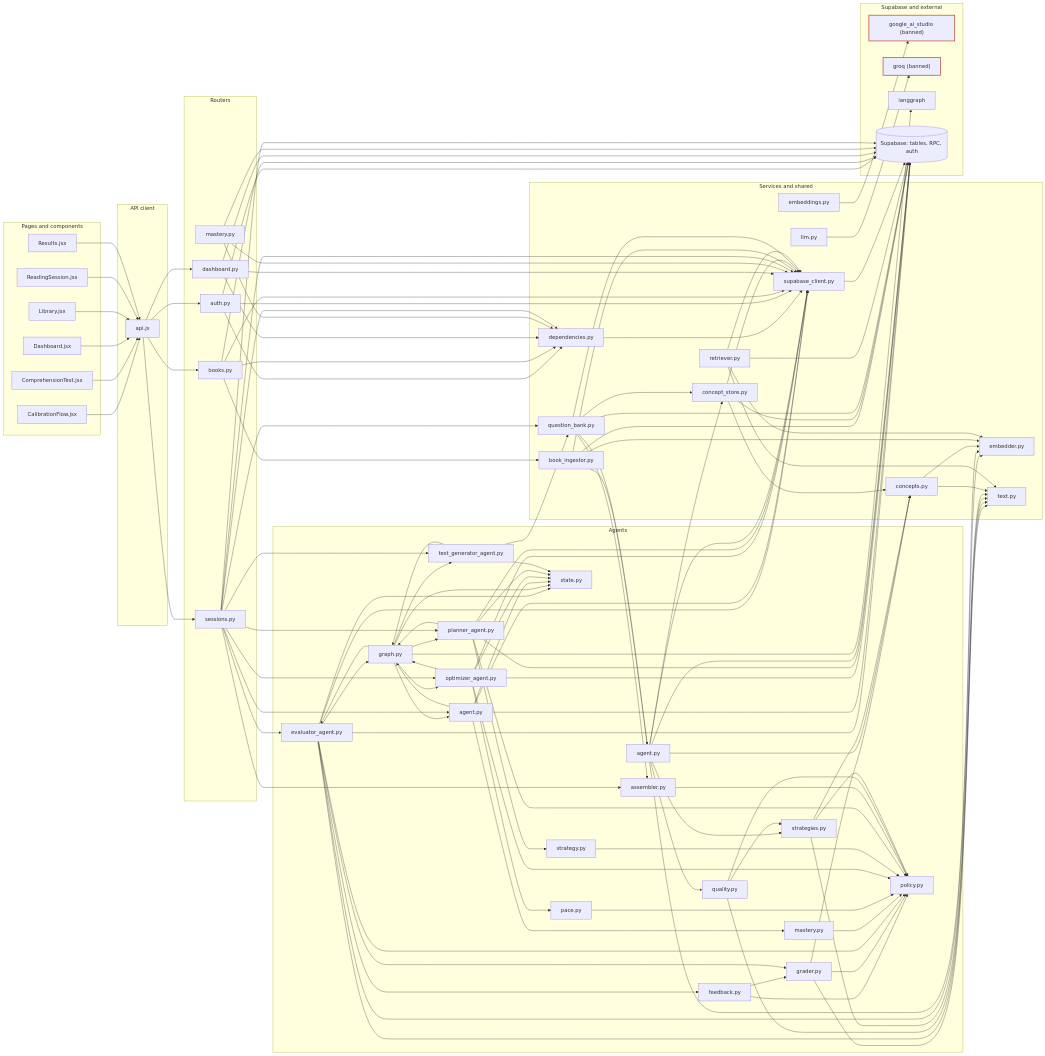
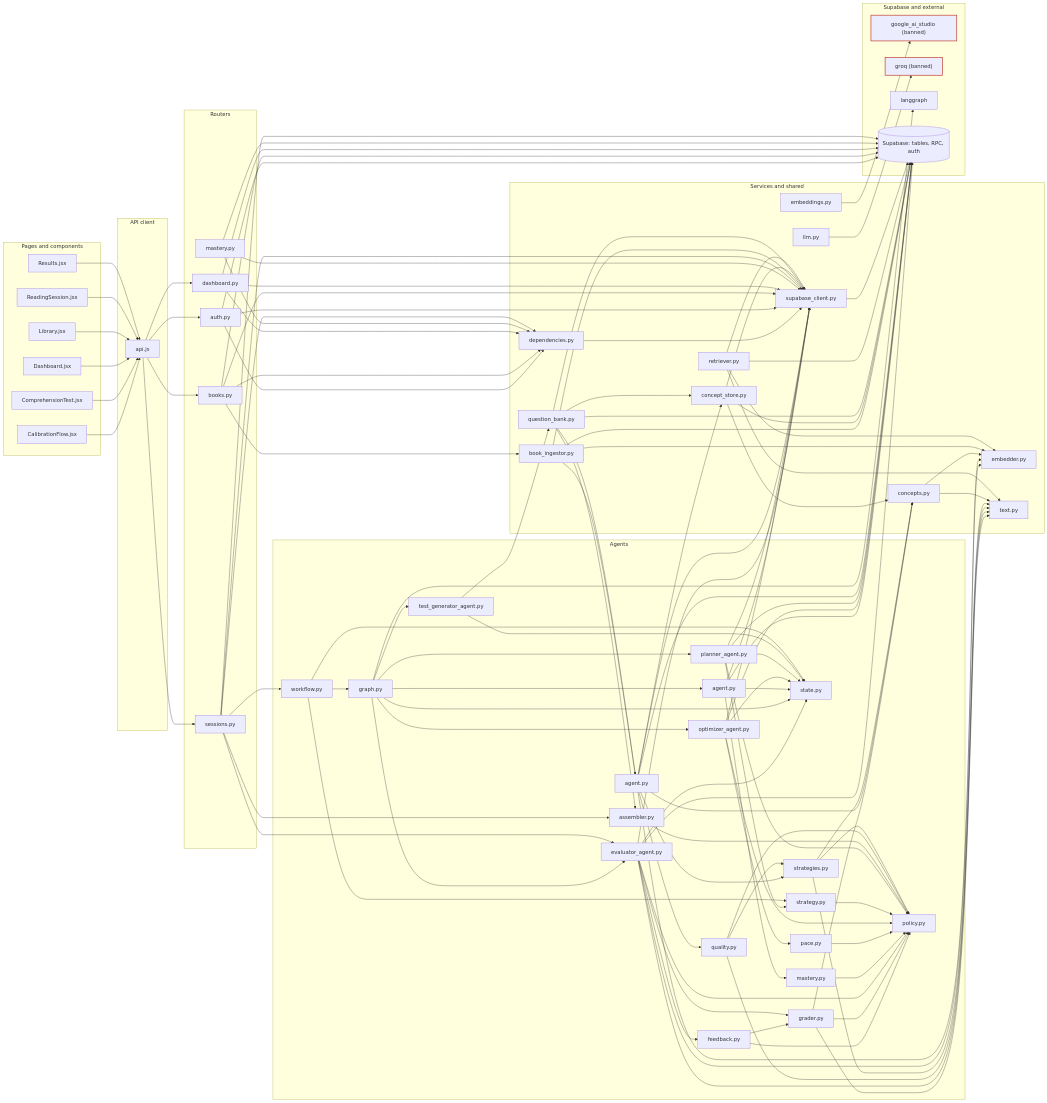
Before and after one commit to asparagusD/readfocus: the first of 2 diagrams in docs/repo-graph/REPO_MAP.md, drawn with Mermaid. The commit also changed other lines of this file and 23 other files, not shown here.

First line of the commit message:
feat(agents): chain evaluator, knowledge state, optimizer and planner in LangGraph

```diff
--- a/docs/repo-graph/REPO_MAP.md
+++ b/docs/repo-graph/REPO_MAP.md
@@ -48,6 +48,7 @@
     file_backend_agents_question_generation_strategies_py["strategies.py"]
     file_backend_agents_state_py["state.py"]
     file_backend_agents_test_generator_agent_py["test_generator_agent.py"]
+    file_backend_agents_workflow_py["workflow.py"]
   end
   subgraph service["Services and shared"]
     file_backend_dependencies_py["dependencies.py"]
@@ -75,7 +76,6 @@
   file_backend_agents_evaluation_grader_py --> file_backend_nlp_text_py
   file_backend_agents_evaluator_agent_py --> file_backend_agents_evaluation_feedback_py
   file_backend_agents_evaluator_agent_py --> file_backend_agents_evaluation_grader_py
-  file_backend_agents_evaluator_agent_py --> file_backend_agents_graph_py
   file_backend_agents_evaluator_agent_py --> file_backend_agents_policy_py
   file_backend_agents_evaluator_agent_py --> file_backend_agents_state_py
   file_backend_agents_evaluator_agent_py --> file_backend_nlp_embedder_py
@@ -89,21 +89,18 @@
   file_backend_agents_graph_py --> file_backend_agents_planner_agent_py
   file_backend_agents_graph_py --> file_backend_agents_state_py
   file_backend_agents_graph_py --> file_backend_agents_test_generator_agent_py
-  file_backend_agents_knowledge_state_agent_py --> file_backend_agents_graph_py
   file_backend_agents_knowledge_state_agent_py --> file_backend_agents_knowledge_state_mastery_py
   file_backend_agents_knowledge_state_agent_py --> file_backend_agents_state_py
   file_backend_agents_knowledge_state_agent_py --> file_backend_services_supabase_client_py
   file_backend_agents_knowledge_state_agent_py --> supabase
   file_backend_agents_knowledge_state_mastery_py --> file_backend_agents_policy_py
   file_backend_agents_optimizer_pace_py --> file_backend_agents_policy_py
-  file_backend_agents_optimizer_agent_py --> file_backend_agents_graph_py
   file_backend_agents_optimizer_agent_py --> file_backend_agents_optimizer_pace_py
   file_backend_agents_optimizer_agent_py --> file_backend_agents_policy_py
   file_backend_agents_optimizer_agent_py --> file_backend_agents_state_py
   file_backend_agents_optimizer_agent_py --> file_backend_services_supabase_client_py
   file_backend_agents_optimizer_agent_py --> supabase
   file_backend_agents_planner_strategy_py --> file_backend_agents_policy_py
-  file_backend_agents_planner_agent_py --> file_backend_agents_graph_py
   file_backend_agents_planner_agent_py --> file_backend_agents_planner_strategy_py
   file_backend_agents_planner_agent_py --> file_backend_agents_policy_py
   file_backend_agents_planner_agent_py --> file_backend_agents_state_py
@@ -123,9 +120,11 @@
   file_backend_agents_question_generation_strategies_py --> file_backend_agents_policy_py
   file_backend_agents_question_generation_strategies_py --> file_backend_nlp_concepts_py
   file_backend_agents_question_generation_strategies_py --> file_backend_nlp_text_py
-  file_backend_agents_test_generator_agent_py --> file_backend_agents_graph_py
   file_backend_agents_test_generator_agent_py --> file_backend_agents_state_py
   file_backend_agents_test_generator_agent_py --> file_backend_services_question_bank_py
+  file_backend_agents_workflow_py --> file_backend_agents_graph_py
+  file_backend_agents_workflow_py --> file_backend_agents_planner_strategy_py
+  file_backend_agents_workflow_py --> file_backend_agents_state_py
   file_backend_dependencies_py --> file_backend_services_supabase_client_py
   file_backend_nlp_concepts_py --> file_backend_nlp_embedder_py
   file_backend_nlp_concepts_py --> file_backend_nlp_text_py
@@ -143,13 +142,9 @@
   file_backend_routers_mastery_py --> file_backend_services_supabase_client_py
   file_backend_routers_mastery_py --> supabase
   file_backend_routers_sessions_py --> file_backend_agents_evaluator_agent_py
-  file_backend_routers_sessions_py --> file_backend_agents_knowledge_state_agent_py
-  file_backend_routers_sessions_py --> file_backend_agents_optimizer_agent_py
-  file_backend_routers_sessions_py --> file_backend_agents_planner_agent_py
   file_backend_routers_sessions_py --> file_backend_agents_question_generation_assembler_py
-  file_backend_routers_sessions_py --> file_backend_agents_test_generator_agent_py
+  file_backend_routers_sessions_py --> file_backend_agents_workflow_py
   file_backend_routers_sessions_py --> file_backend_dependencies_py
-  file_backend_routers_sessions_py --> file_backend_services_question_bank_py
   file_backend_routers_sessions_py --> file_backend_services_supabase_client_py
   file_backend_routers_sessions_py --> supabase
   file_backend_services_book_ingestor_py --> file_backend_agents_question_generation_agent_py
```
